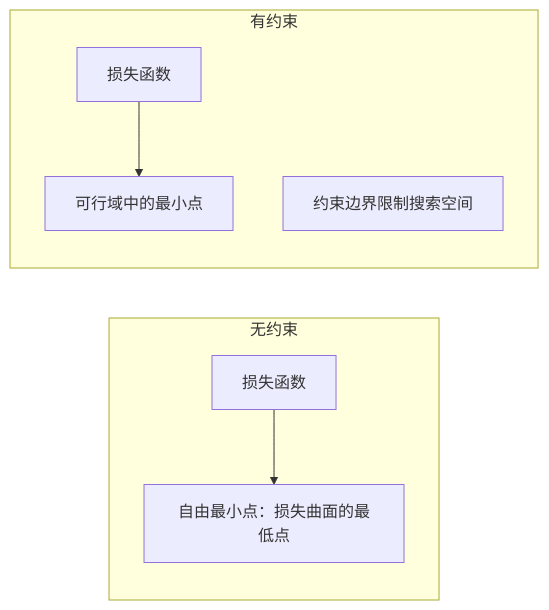
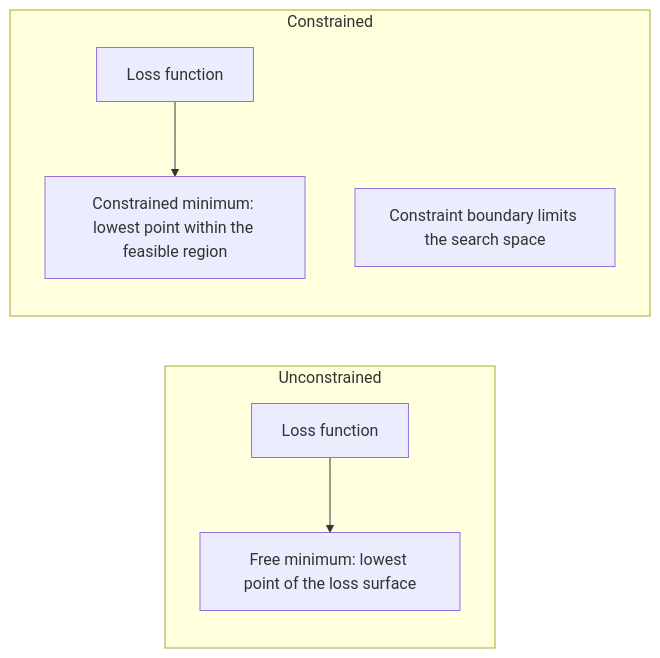
The third of 4 diagrams in phases/01-math-foundations/18-convex-optimization/docs/zh.md (omigaZen/ai-engineering-from-scratch), drawn with Mermaid before and after one commit. The commit also changed other lines of this file and 32 other files, not shown here.

````diff
--- a/phases/01-math-foundations/18-convex-optimization/docs/zh.md
+++ b/phases/01-math-foundations/18-convex-optimization/docs/zh.md
@@ -209,10 +209,10 @@
 ```mermaid
 graph LR
-    subgraph "无约束"
-        U1["损失函数"] --> U2["自由最小点：损失曲面的最低点"]
+    subgraph "Unconstrained"
+        U1["Loss function"] --> U2["Free minimum: lowest point of the loss surface"]
     end
-    subgraph "有约束"
-        C1["损失函数"] --> C2["可行域中的最小点"]
-        C3["约束边界限制搜索空间"]
+    subgraph "Constrained"
+        C1["Loss function"] --> C2["Constrained minimum: lowest point within the feasible region"]
+        C3["Constraint boundary limits the search space"]
     end
 ```
````
